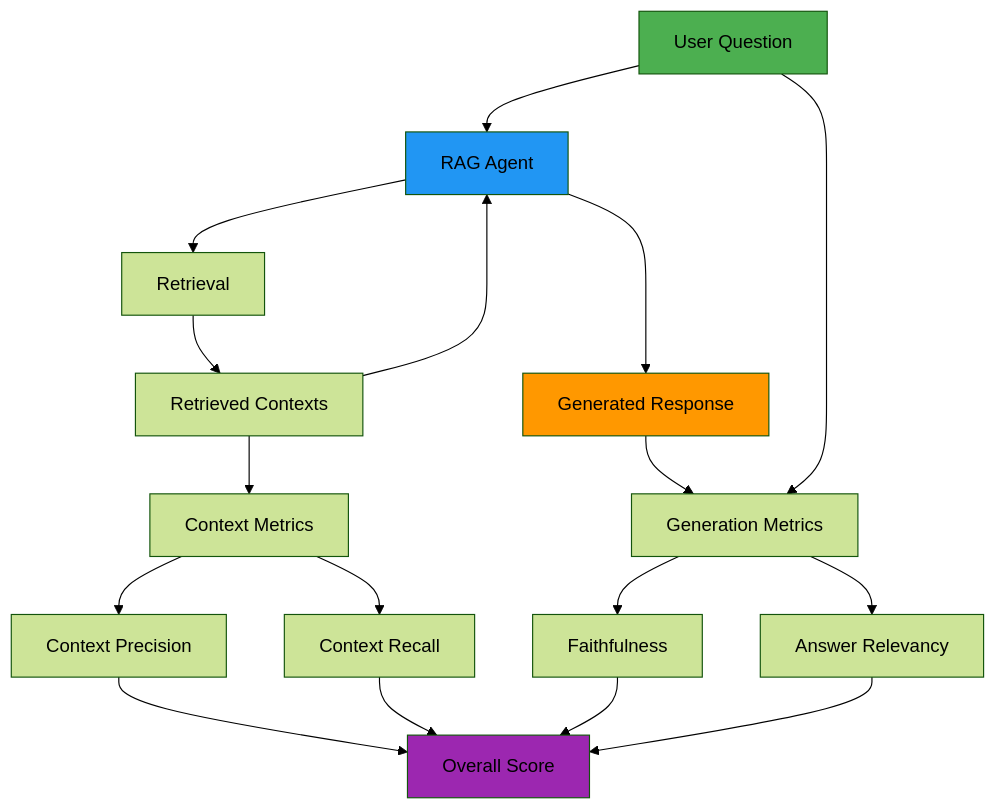
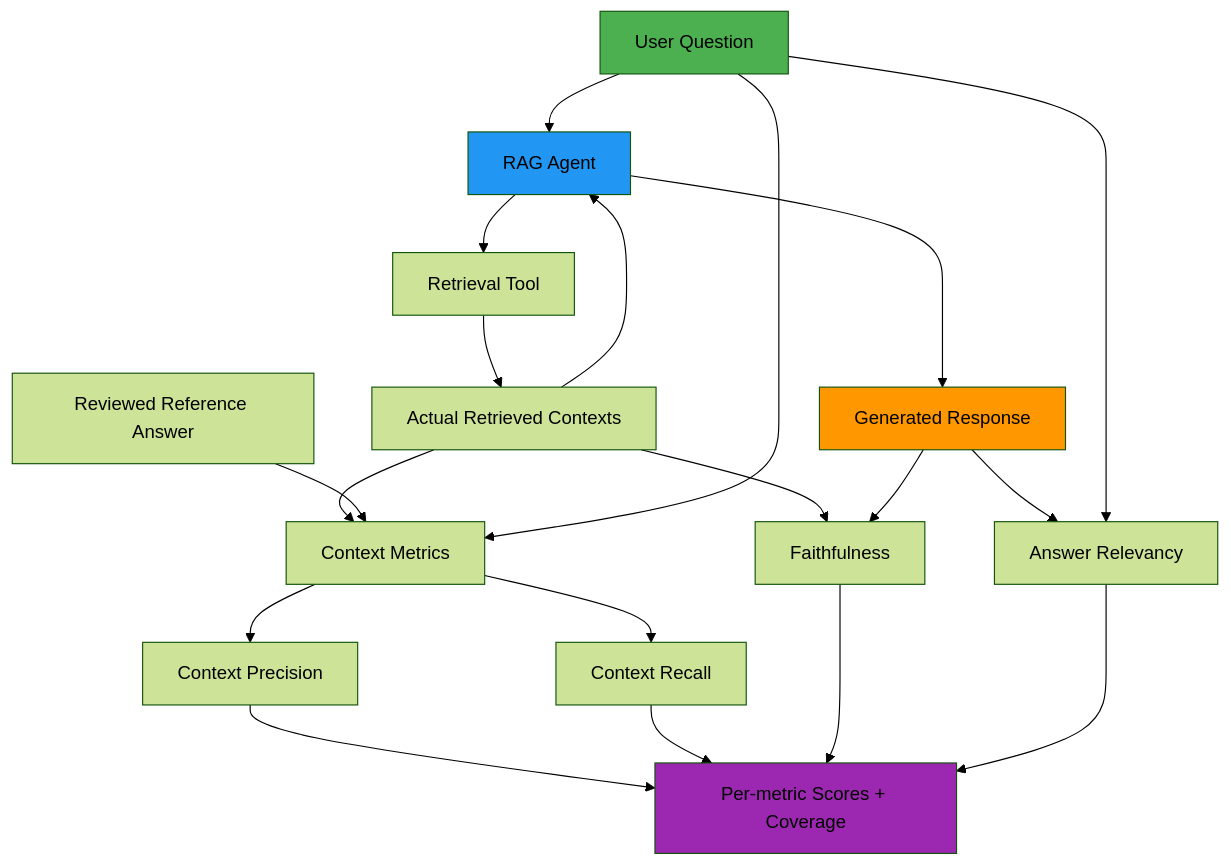
The diagram in .devx/3-agent-evaluation/img/rag_evaluation_flow.mmd (brevdev/workshop-build-an-agent), drawn with Mermaid (forest theme) before and after one commit. The commit also changed other lines of this file and 327 other files, not shown here.

```diff
--- a/.devx/3-agent-evaluation/img/rag_evaluation_flow.mmd
+++ b/.devx/3-agent-evaluation/img/rag_evaluation_flow.mmd
@@ -1,26 +1,23 @@
 graph TB
     A[User Question] --> B[RAG Agent]
-    B --> C[Retrieval]
-    C --> D[Retrieved Contexts]
+    B --> C[Retrieval Tool]
+    C --> D[Actual Retrieved Contexts]
     D --> B
     B --> E[Generated Response]
-    
     D --> F[Context Metrics]
-    E --> G[Generation Metrics]
-    A --> G
-    
+    R[Reviewed Reference Answer] --> F
+    A --> F
+    D --> J[Faithfulness]
+    E --> J
+    E --> K[Answer Relevancy]
+    A --> K
     F --> H[Context Precision]
     F --> I[Context Recall]
-    
-    G --> J[Faithfulness]
-    G --> K[Answer Relevancy]
-    
-    H --> L[Overall Score]
+    H --> L[Per-metric Scores + Coverage]
     I --> L
     J --> L
     K --> L
-    
     style A fill:#4CAF50
     style B fill:#2196F3
     style E fill:#FF9800
     style L fill:#9C27B0
```
